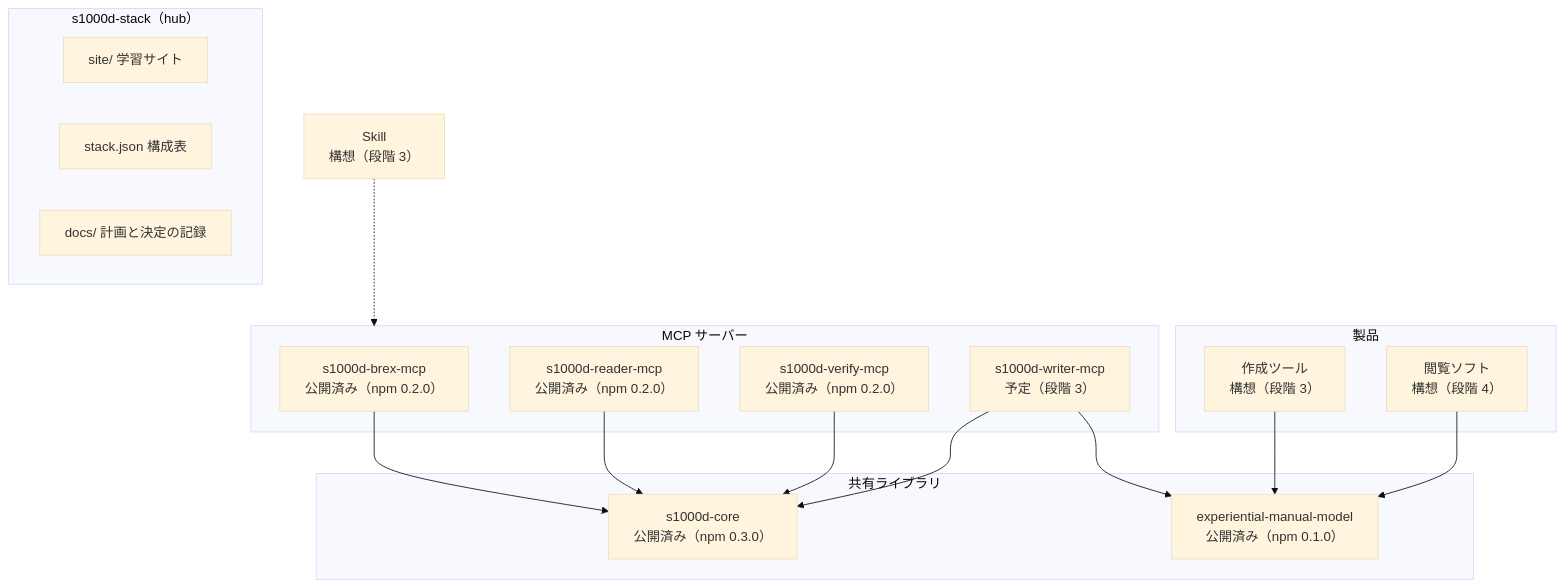
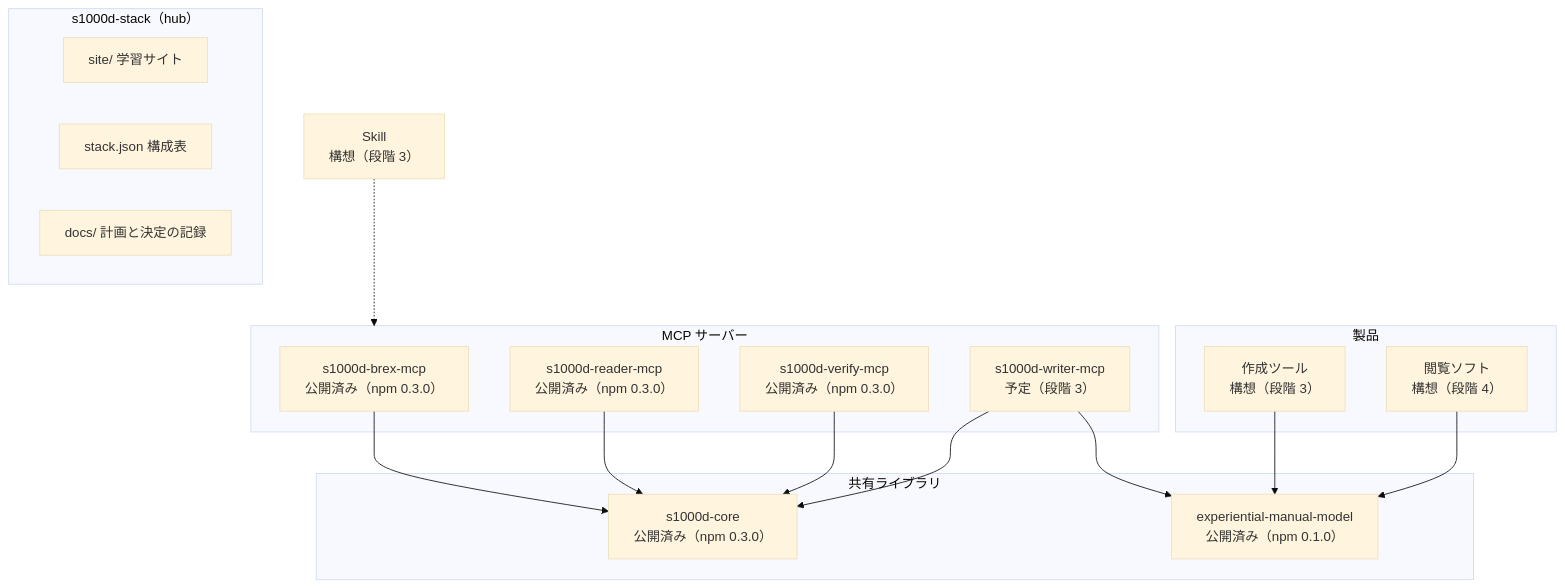
One commit to shuji-bonji/s1000d-stack changed the diagram in site/src/content/docs/ja/guide/architecture.md. Above: the diagram before and after it, drawn with Mermaid (base theme). The commit also changed other lines of this file and 13 other files, not shown here.

````diff
--- a/site/src/content/docs/ja/guide/architecture.md
+++ b/site/src/content/docs/ja/guide/architecture.md
@@ -10,31 +10,31 @@
 ```mermaid
 flowchart TB
   subgraph Hub["s1000d-stack（hub）"]
     SITE["site/ 学習サイト"]
     STACK["stack.json 構成表"]
     DOCS["docs/ 計画と決定の記録"]
   end
   subgraph Lib["共有ライブラリ"]
     CORE["s1000d-core<br/>公開済み（npm 0.3.0）"]
     MODEL["experiential-manual-model<br/>公開済み（npm 0.1.0）"]
   end
   subgraph Mcp["MCP サーバー"]
-    BREX["s1000d-brex-mcp<br/>公開済み（npm 0.2.0）"]
-    R["s1000d-reader-mcp<br/>公開済み（npm 0.2.0）"]
-    V["s1000d-verify-mcp<br/>公開済み（npm 0.2.0）"]
+    BREX["s1000d-brex-mcp<br/>公開済み（npm 0.3.0）"]
+    R["s1000d-reader-mcp<br/>公開済み（npm 0.3.0）"]
+    V["s1000d-verify-mcp<br/>公開済み（npm 0.3.0）"]
     W["s1000d-writer-mcp<br/>予定（段階 3）"]
   end
   subgraph App["製品"]
     ED["作成ツール<br/>構想（段階 3）"]
     VW["閲覧ソフト<br/>構想（段階 4）"]
   end
   SK["Skill<br/>構想（段階 3）"]
   BREX --> CORE
   R --> CORE
   V --> CORE
   W --> CORE
   W --> MODEL
   ED --> MODEL
   VW --> MODEL
   SK -.-> Mcp
 ```
````
